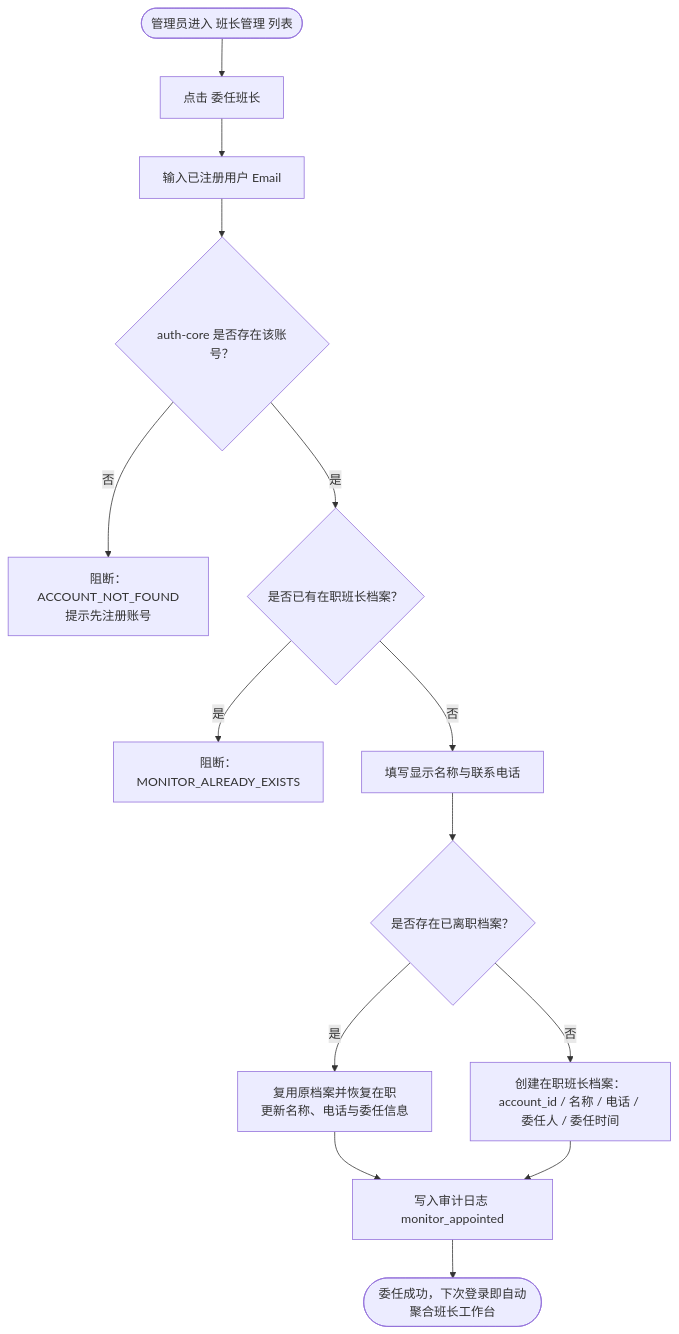
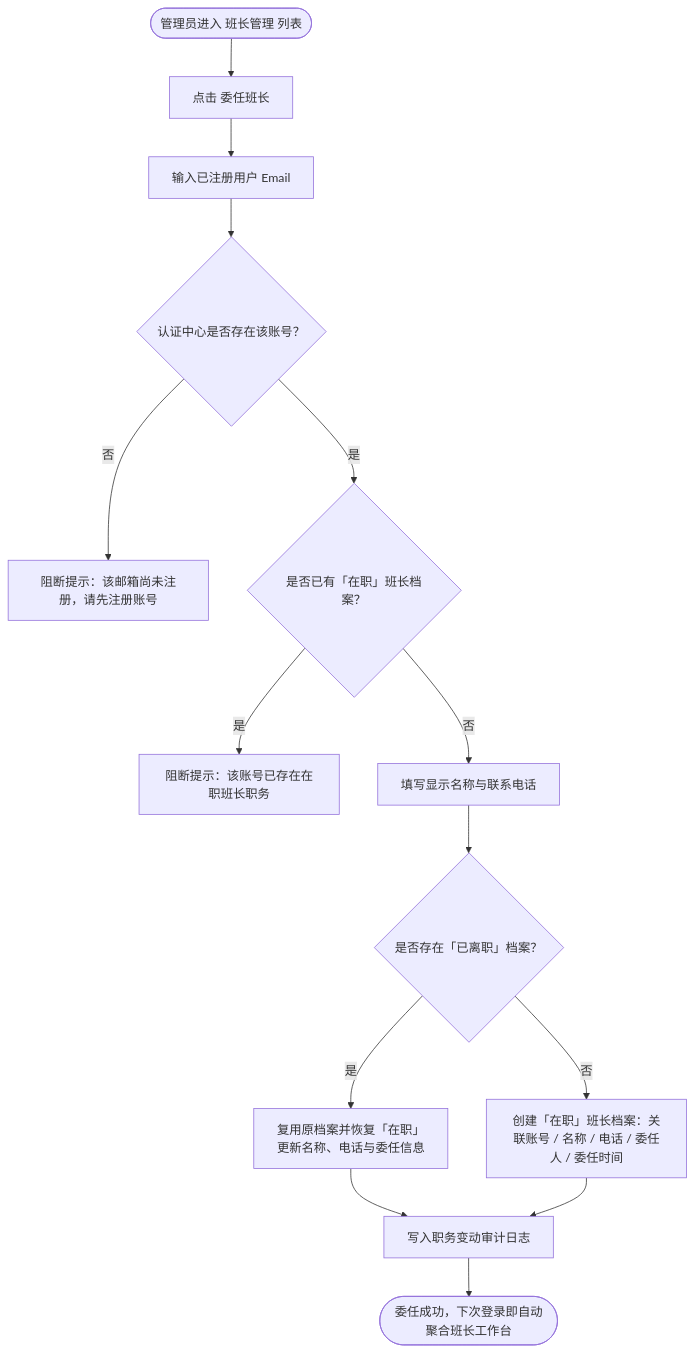
Before and after one commit to Onezao/dream: the second of 8 diagrams in docs/prd/m1b_teacher_profile.md, drawn with Mermaid. The commit also changed other lines of this file and 38 other files, not shown here.

````diff
--- a/docs/prd/m1b_teacher_profile.md
+++ b/docs/prd/m1b_teacher_profile.md
@@ -83,16 +107,16 @@
 ```mermaid
 flowchart TD
     Start(["管理员进入 班长管理 列表"]) --> Click["点击 委任班长"]
     Click --> Input["输入已注册用户 Email"]
-    Input --> Lookup{"auth-core 是否存在该账号？"}
-    Lookup -->|"否"| ErrNotFound["阻断：ACCOUNT_NOT_FOUND<br/>提示先注册账号"]
-    Lookup -->|"是"| Active{"是否已有在职班长档案？"}
-    Active -->|"是"| ErrExists["阻断：MONITOR_ALREADY_EXISTS"]
+    Input --> Lookup{"认证中心是否存在该账号？"}
+    Lookup -->|"否"| ErrNotFound["阻断提示：该邮箱尚未注册，请先注册账号"]
+    Lookup -->|"是"| Active{"是否已有「在职」班长档案？"}
+    Active -->|"是"| ErrExists["阻断提示：该账号已存在在职班长职务"]
     Active -->|"否"| InputInfo["填写显示名称与联系电话"]
-    InputInfo --> Reuse{"是否存在已离职档案？"}
-    Reuse -->|"是"| Reactivate["复用原档案并恢复在职<br/>更新名称、电话与委任信息"]
-    Reuse -->|"否"| CreateNew["创建在职班长档案：account_id / 名称 / 电话 / 委任人 / 委任时间"]
-    Reactivate --> Audit["写入审计日志 monitor_appointed"]
+    InputInfo --> Reuse{"是否存在「已离职」档案？"}
+    Reuse -->|"是"| Reactivate["复用原档案并恢复「在职」<br/>更新名称、电话与委任信息"]
+    Reuse -->|"否"| CreateNew["创建「在职」班长档案：关联账号 / 名称 / 电话 / 委任人 / 委任时间"]
+    Reactivate --> Audit["写入职务变动审计日志"]
     CreateNew --> Audit
     Audit --> Done(["委任成功，下次登录即自动聚合班长工作台"])
 ```
````
